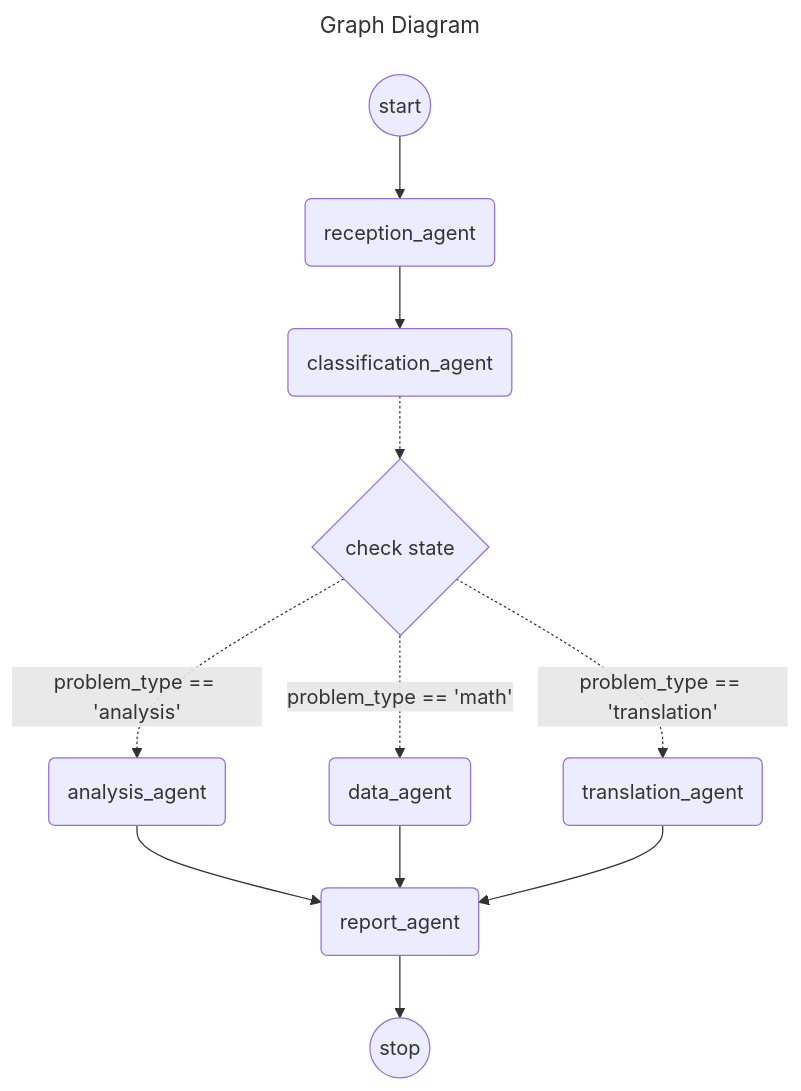
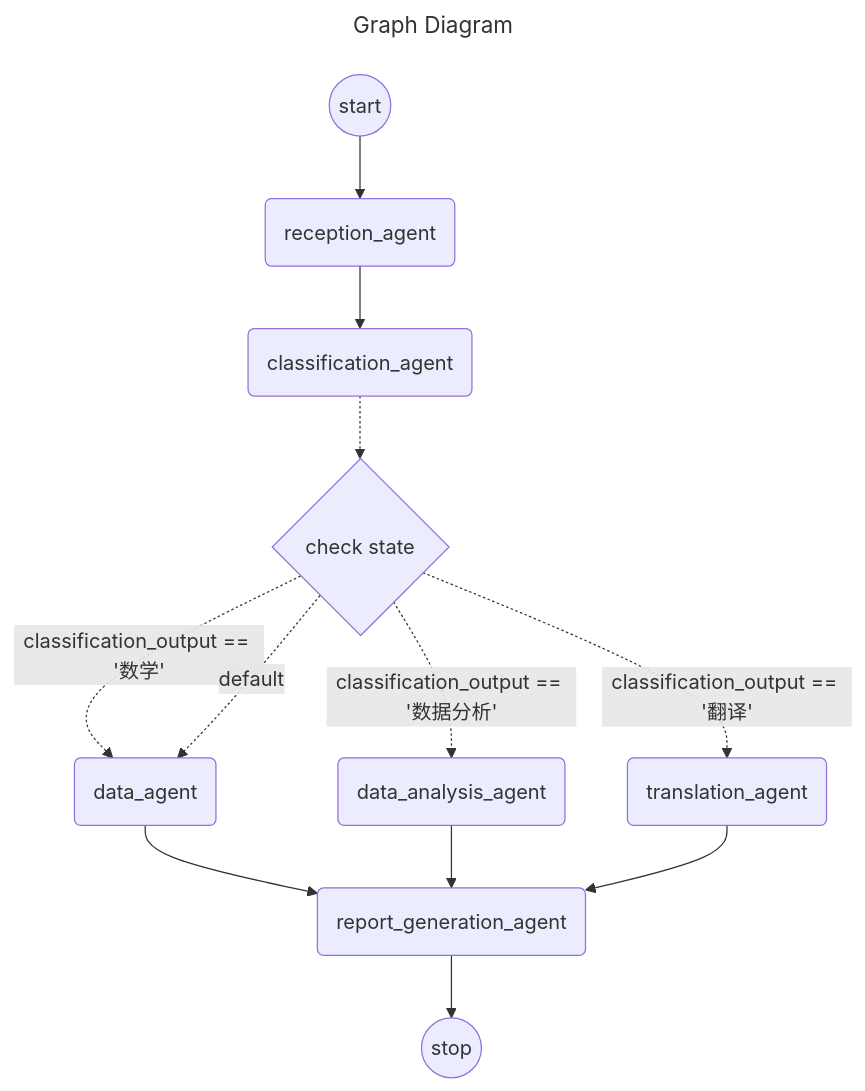
The diagram in spring-ai-alibaba-graph/spring-ai-alibaba-graph-platform/src/main/java/com/alibaba/cloud/ai/controller/a.mermaid (zhouyou9505/spring-ai-alibaba), drawn with Mermaid before and after one commit. The commit also changed other lines of this file and 21 other files, not shown here.

Commit message:
feat jmanus graph

```diff
--- a/spring-ai-alibaba-graph/spring-ai-alibaba-graph-platform/src/main/java/com/alibaba/cloud/ai/controller/a.mermaid
+++ b/spring-ai-alibaba-graph/spring-ai-alibaba-graph-platform/src/main/java/com/alibaba/cloud/ai/controller/a.mermaid
@@ -1,29 +1,31 @@
 ---
 title: Graph Diagram
 ---
 flowchart TD
     __START__((start))
     __END__((stop))
     reception_agent("reception_agent")
     classification_agent("classification_agent")
     data_agent("data_agent")
     translation_agent("translation_agent")
-    analysis_agent("analysis_agent")
-    report_agent("report_agent")
+    data_analysis_agent("data_analysis_agent")
+    report_generation_agent("report_generation_agent")
     condition1{"check state"}
     __START__:::__START__ --> reception_agent:::reception_agent
-    analysis_agent:::analysis_agent --> report_agent:::report_agent
-    data_agent:::data_agent --> report_agent:::report_agent
+    data_agent:::data_agent --> report_generation_agent:::report_generation_agent
+    data_analysis_agent:::data_analysis_agent --> report_generation_agent:::report_generation_agent
     reception_agent:::reception_agent --> classification_agent:::classification_agent
-    translation_agent:::translation_agent --> report_agent:::report_agent
+    translation_agent:::translation_agent --> report_generation_agent:::report_generation_agent
     classification_agent:::classification_agent -.-> condition1:::condition1
-    condition1:::condition1 -.->|problem_type == 'math'| data_agent:::data_agent
-%%	classification_agent:::classification_agent -.->|problem_type == 'math'| data_agent:::data_agent
-    condition1:::condition1 -.->|problem_type == 'analysis'| analysis_agent:::analysis_agent
-%%	classification_agent:::classification_agent -.->|problem_type == 'analysis'| analysis_agent:::analysis_agent
-    condition1:::condition1 -.->|problem_type == 'translation'| translation_agent:::translation_agent
-%%	classification_agent:::classification_agent -.->|problem_type == 'translation'| translation_agent:::translation_agent
-    report_agent:::report_agent --> __END__:::__END__
+    condition1:::condition1 -.->|classification_output == '数学'| data_agent:::data_agent
+%%	classification_agent:::classification_agent -.->|classification_output == '数学'| data_agent:::data_agent
+    condition1:::condition1 -.->|classification_output == '数据分析'| data_analysis_agent:::data_analysis_agent
+%%	classification_agent:::classification_agent -.->|classification_output == '数据分析'| data_analysis_agent:::data_analysis_agent
+    condition1:::condition1 -.->|default| data_agent:::data_agent
+%%	classification_agent:::classification_agent -.->|default| data_agent:::data_agent
+    condition1:::condition1 -.->|classification_output == '翻译'| translation_agent:::translation_agent
+%%	classification_agent:::classification_agent -.->|classification_output == '翻译'| translation_agent:::translation_agent
+    report_generation_agent:::report_generation_agent --> __END__:::__END__
 
     classDef ___START__ fill:black,stroke-width:1px,font-size:xx-small;
     classDef ___END__ fill:black,stroke-width:1px,font-size:xx-small;
```
